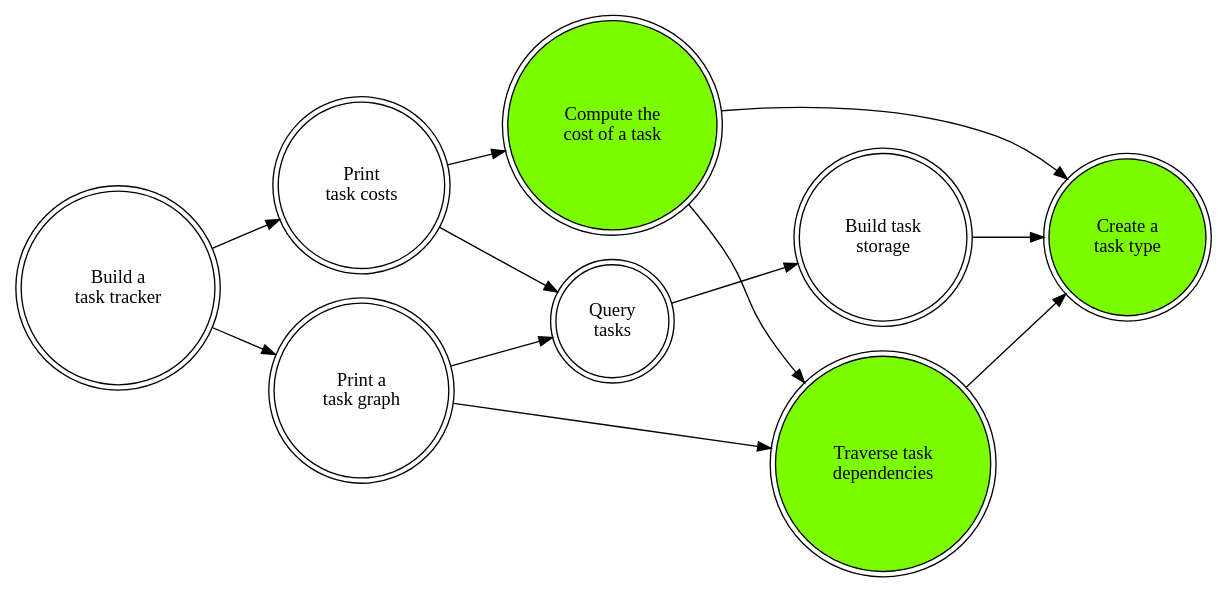
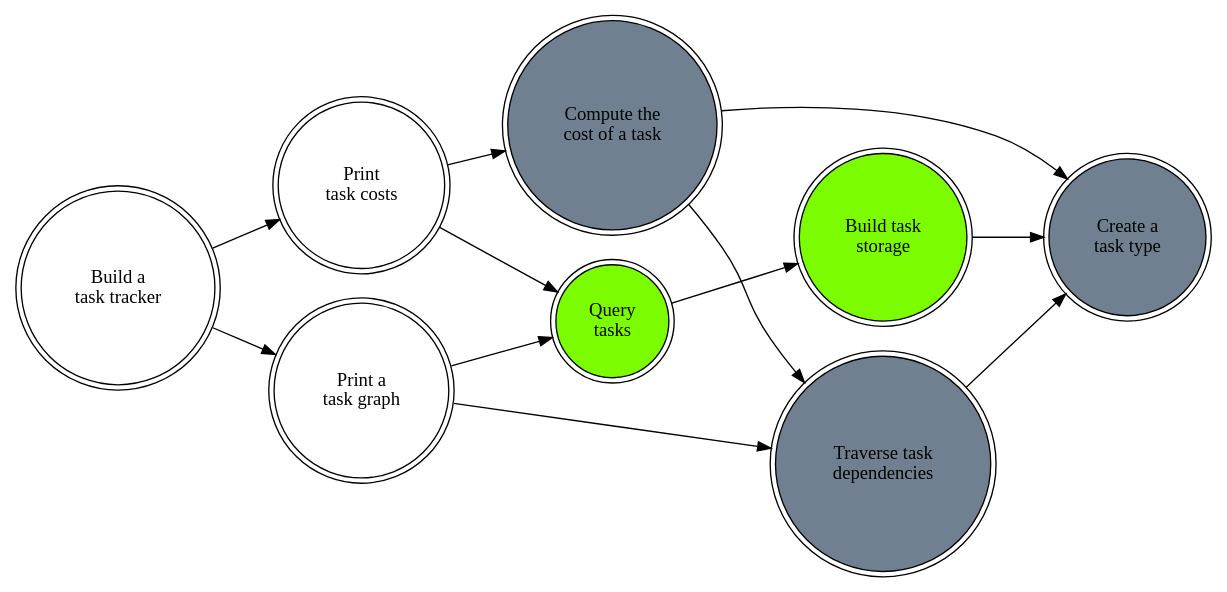
Before and after one commit to nuttycom/lc_winter-2018: the diagram in dags/tasks3.dot, drawn with Graphviz. The commit also changed 9 other files, not shown here.

```diff
--- a/dags/tasks3.dot
+++ b/dags/tasks3.dot
@@ -1,24 +1,24 @@
 digraph G {
   rankdir="LR";
   node [shape=doublecircle]
   tt  [label="Build a\ntask tracker"]
-  ct  [label="Create a\ntask type"; style="filled"; fillcolor="lawngreen"]
+  ct  [label="Create a\ntask type"; style="filled"; fillcolor="slategray"]
   ptg [label="Print a\ntask graph"]
   ptc [label="Print\ntask costs"]
-  qt  [label="Query\ntasks"]
-  bts [label="Build task\nstorage"]
-  ctc [label="Compute the\ncost of a task"; style="filled"; fillcolor="lawngreen"]
-  ttd [label="Traverse task\ndependencies"; style="filled"; fillcolor="lawngreen"]
+  qt  [label="Query\ntasks"; style="filled"; fillcolor="lawngreen"]
+  bts [label="Build task\nstorage"; style="filled"; fillcolor="lawngreen"]
+  ctc [label="Compute the\ncost of a task"; style="filled"; fillcolor="slategray"]
+  ttd [label="Traverse task\ndependencies"; style="filled"; fillcolor="slategray"]
 
   tt  -> ptg
   ptg -> qt
   qt  -> bts
   tt  -> ptc
   ptc -> qt
   ptc -> ctc
   ctc -> ct
   bts -> ct
   ptg -> ttd
   ttd -> ct
   ctc -> ttd
 }
```
